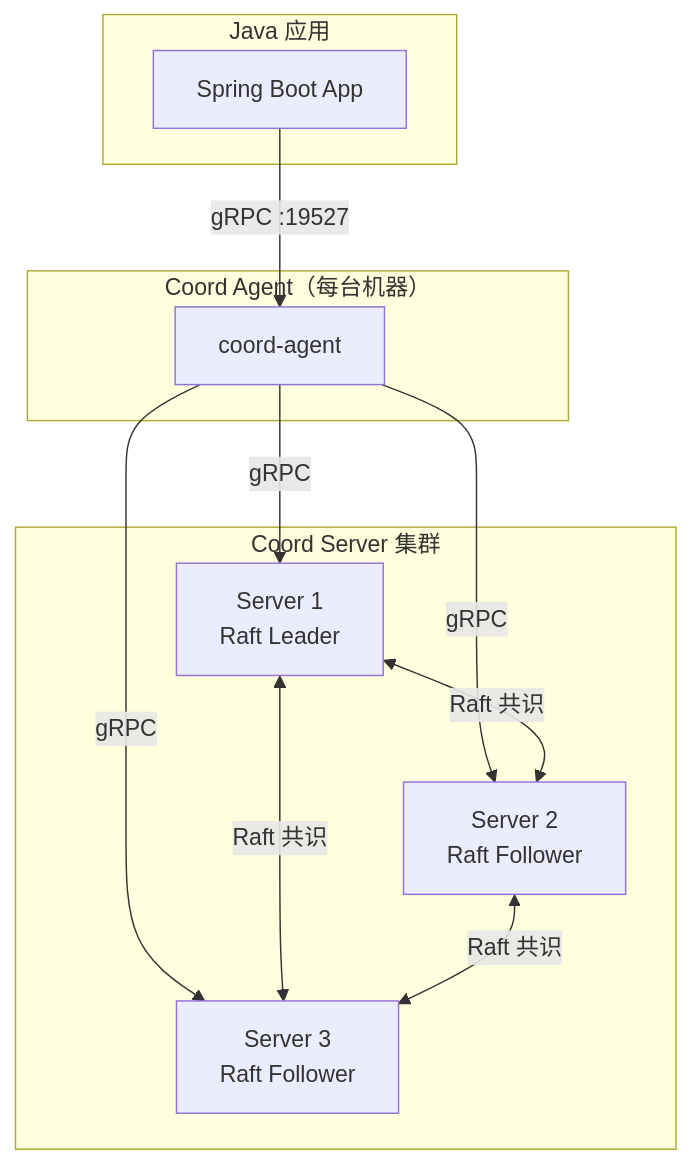
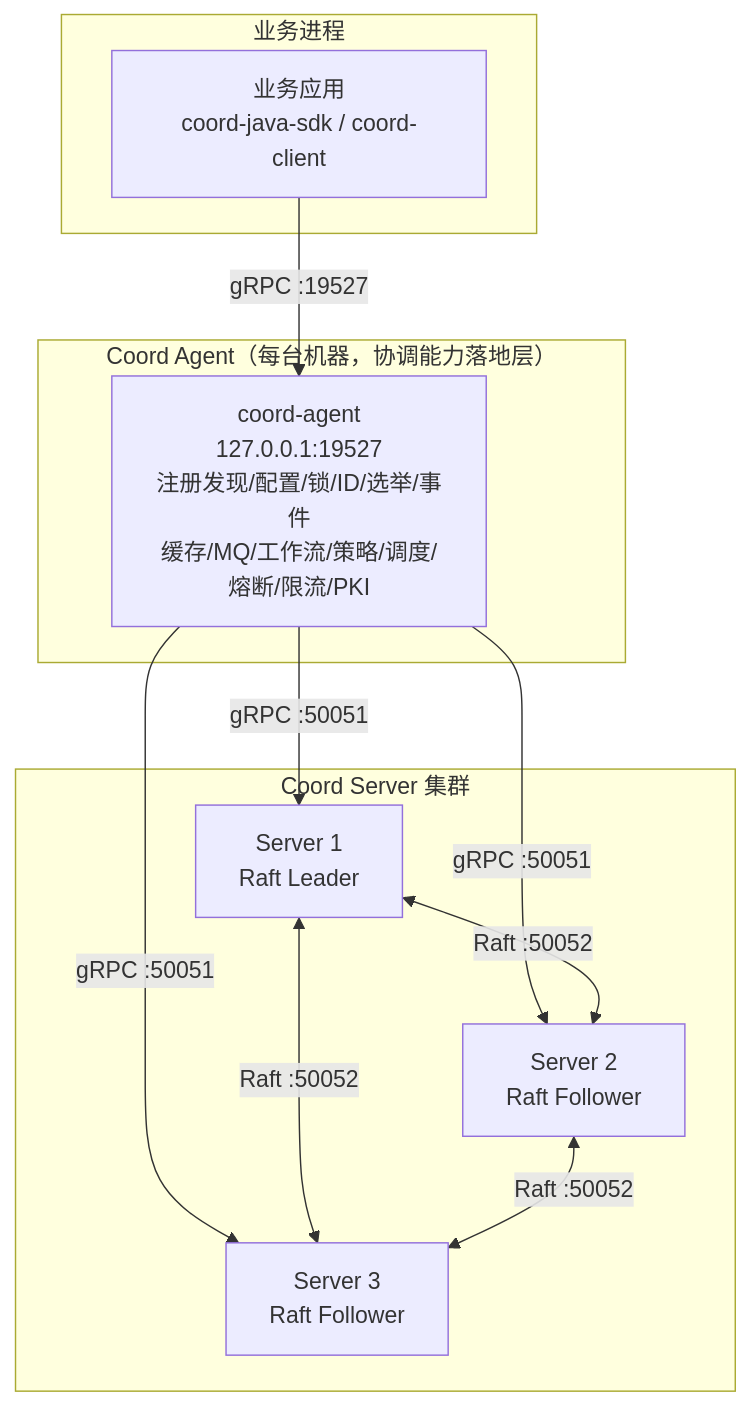
The diagram in README.md (byteforce-cn/coord), drawn with Mermaid before and after one commit. The commit also changed other lines of this file and 12 other files, not shown here.

````diff
--- a/README.md
+++ b/README.md
@@ -17,24 +25,24 @@
 ```mermaid
 graph TD
-    subgraph "Java 应用"
-        APP[Spring Boot App]
+    subgraph "业务进程"
+        APP[业务应用<br/>coord-java-sdk / coord-client]
     end
 
-    subgraph "Coord Agent（每台机器）"
-        AGENT[coord-agent]
+    subgraph "Coord Agent（每台机器，协调能力落地层）"
+        AGENT[coord-agent<br/>127.0.0.1:19527<br/>注册发现/配置/锁/ID/选举/事件<br/>缓存/MQ/工作流/策略/调度/熔断/限流/PKI]
     end
 
     subgraph "Coord Server 集群"
         S1[Server 1<br/>Raft Leader]
         S2[Server 2<br/>Raft Follower]
         S3[Server 3<br/>Raft Follower]
     end
 
     APP -->|gRPC :19527| AGENT
-    AGENT -->|gRPC| S1
-    AGENT -->|gRPC| S2
-    AGENT -->|gRPC| S3
-    S1 <-->|Raft 共识| S2
-    S1 <-->|Raft 共识| S3
-    S2 <-->|Raft 共识| S3
+    AGENT -->|gRPC :50051| S1
+    AGENT -->|gRPC :50051| S2
+    AGENT -->|gRPC :50051| S3
+    S1 <-->|Raft :50052| S2
+    S1 <-->|Raft :50052| S3
+    S2 <-->|Raft :50052| S3
 ```
````
